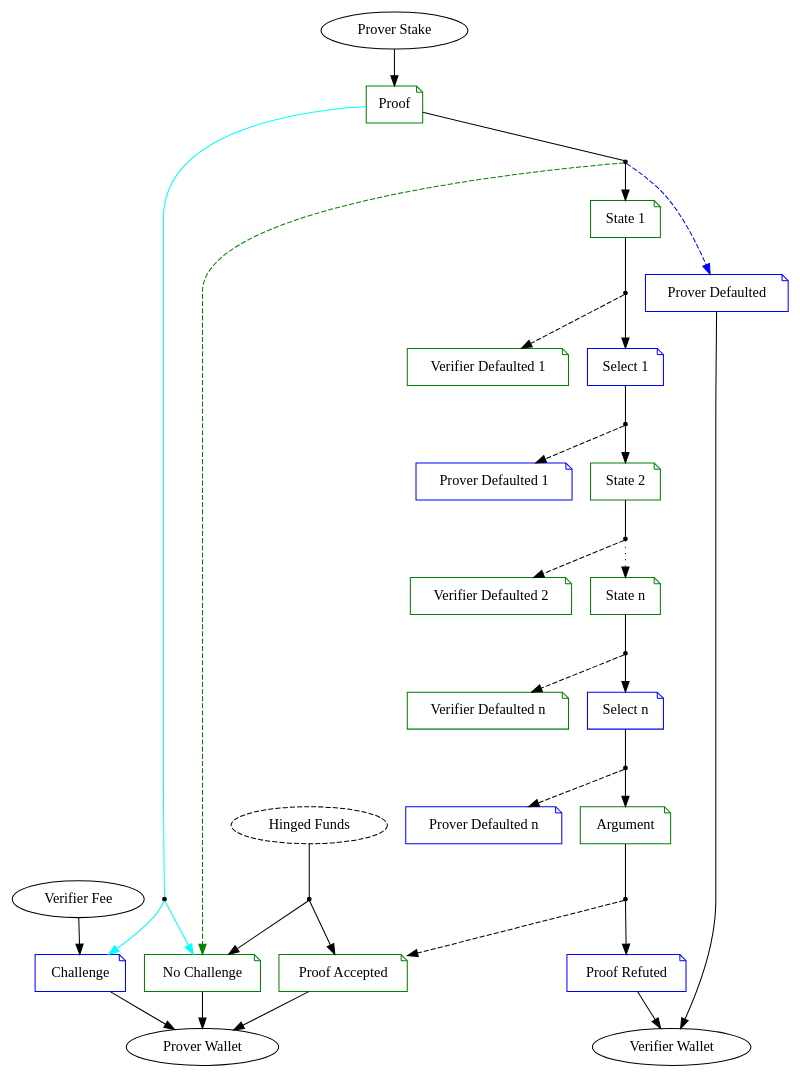
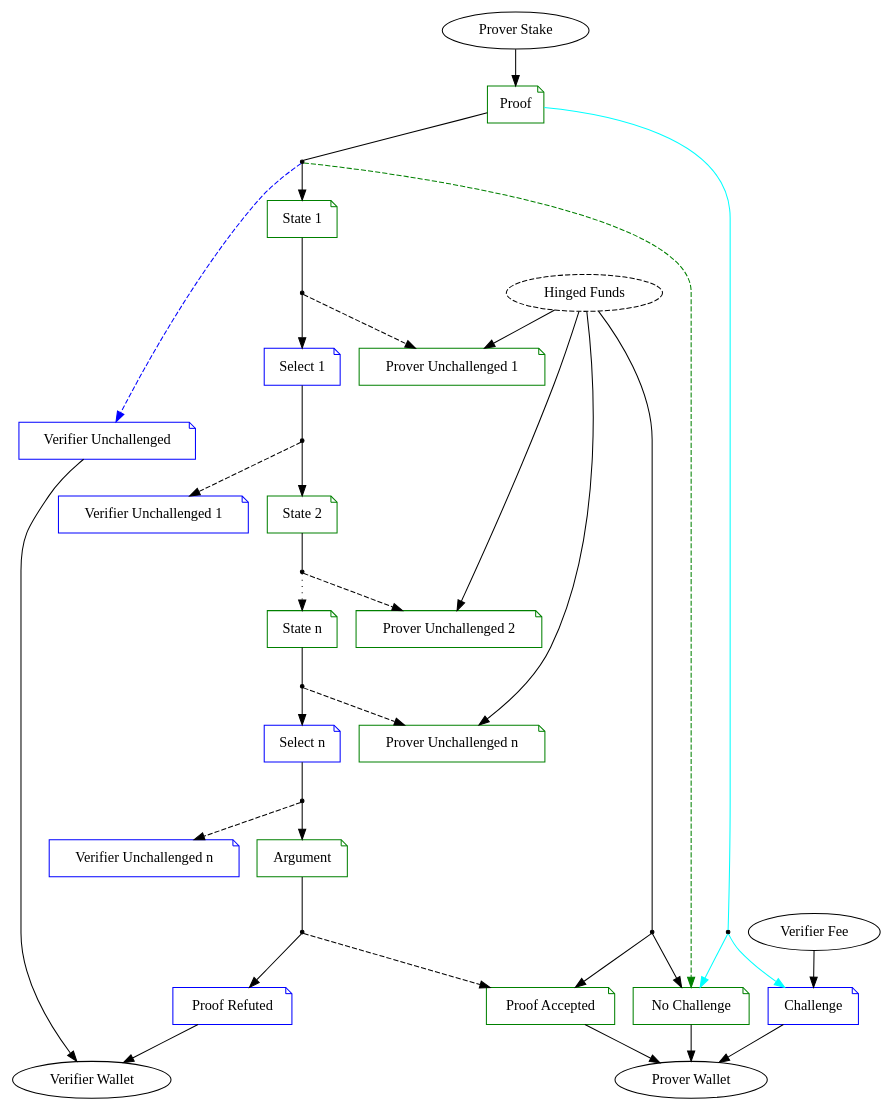
The diagram in transactions-flow.dot (westonnelson/bitsnark-lib), drawn with Graphviz before and after one commit. The commit also changed other lines of this file and 2 other files, not shown here.

Commit message:
Add hinged funds to prover unchallenged txs

```diff
--- a/transactions-flow.dot
+++ b/transactions-flow.dot
@@ -1,45 +1,46 @@
 digraph BitSnark {
     /* Styling. */
     node [shape=note]
     {node [shape=point] o0 o1 o2 o3 o4 o5 o6 o7 o8}
     {node [shape=oval] "Prover Stake" "Verifier Fee" "Hinged Funds" "Prover Wallet" "Verifier Wallet"}
-    {node [color=green] "Proof" "No Challenge" "Proof Accepted" "State 1" "State 2" "State n" "Verifier Defaulted 1" "Verifier Defaulted 2" "Verifier Defaulted n" "Argument"}
-    {node [color=blue] "Challenge" "Prover Defaulted" "Proof Refuted" "Select 1" "Select n" "Prover Defaulted 1" "Prover Defaulted n"}
+    {node [color=green] "Proof" "No Challenge" "Proof Accepted" "State 1" "State 2" "State n" "Prover Unchallenged 1" "Prover Unchallenged 2" "Prover Unchallenged n" "Argument"}
+    {node [color=blue] "Challenge" "Verifier Unchallenged" "Proof Refuted" "Select 1" "Select n" "Verifier Unchallenged 1" "Verifier Unchallenged n"}
     "Hinged Funds" [style=dashed]
 
     /* Main Flow. */
-    "Hinged Funds" -> o0 [arrowhead=none]
-    o0 -> {"No Challenge"; "Proof Accepted"} -> "Prover Wallet"
+    o0 -> {"No Challenge"; "Proof Accepted"} -> "Prover Wallet" [weight=5]
     "Prover Stake" -> "Proof"
     "Proof" -> o1 [arrowhead=none]
     "Proof" -> o2 [arrowhead=none; color=cyan]
     o2 -> {"No Challenge"; "Challenge"} [color=cyan]
     o1 -> "No Challenge" [style=dashed; color=green]
     "Verifier Fee" -> "Challenge" -> "Prover Wallet"
-    o1 -> "Prover Defaulted" [style=dashed; color=blue]
-    "Prover Defaulted" -> "Verifier Wallet" [weight=1]
+    o1 -> "Verifier Unchallenged" [style=dashed; color=blue]
+    "Verifier Unchallenged" -> "Verifier Wallet" [weight=1]
 
     /* Contention Bisection. */
     o1 -> "State 1" [weight=5]
     "State 1" -> o3 [arrowhead=none; weight=2]
     o3 -> "Select 1" [weight=5]
-    o3 -> "Verifier Defaulted 1" [style=dashed]
+    o3 -> "Prover Unchallenged 1" [style=dashed]
     "Select 1" -> o4 [arrowhead=none; weight=5]
     o4 -> "State 2" [weight=5]
-    o4 -> "Prover Defaulted 1" [style=dashed]
+    o4 -> "Verifier Unchallenged 1" [style=dashed]
     "State 2" -> o5 [arrowhead=none; weight=5]
     o5 -> "State n" [style=dotted; weight=5]
-    o5 -> "Verifier Defaulted 2" [style=dashed]
+    o5 -> "Prover Unchallenged 2" [style=dashed]
     "State n" -> o6 [arrowhead=none; weight=5]
     o6 -> "Select n" [weight=5]
-    o6 -> "Verifier Defaulted n" [style=dashed]
+    o6 -> "Prover Unchallenged n" [style=dashed]
     "Select n" -> o7 [arrowhead=none; weight=5]
     o7 -> "Argument" [weight=5]
-    o7 -> "Prover Defaulted n" [style=dashed]
+    o7 -> "Verifier Unchallenged n" [style=dashed]
 
     /* Contention Resolution. */
+    "Hinged Funds" -> o0 [arrowhead=none]
+    "Hinged Funds" -> {"Prover Unchallenged 1" "Prover Unchallenged 2" "Prover Unchallenged n"} [weight=0]
     "Argument" -> o8  [arrowhead=none]
     o8 -> "Proof Refuted"
     o8 -> "Proof Accepted" [style=dashed]
     "Proof Refuted" -> "Verifier Wallet"
 }
```
